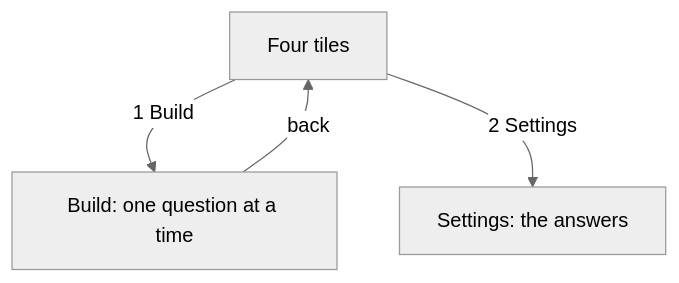
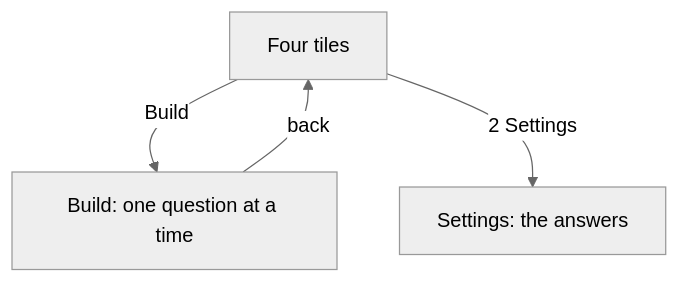
The diagram in docs/chat-builder/flow.md (wilplus/frontend-cursor), drawn with Mermaid (neutral theme) before and after one commit. The commit also changed other lines of this file and 5 other files, not shown here.

````diff
--- a/docs/chat-builder/flow.md
+++ b/docs/chat-builder/flow.md
@@ -5,9 +5,9 @@
 ```mermaid
 flowchart TD
   tiles[Four tiles]
   talk[Build: one question at a time]
   settings[Settings: the answers]
-  tiles -->|1 Build| talk
+  tiles -->|Build| talk
   talk -->|back| tiles
   tiles -->|2 Settings| settings
 ```
````
